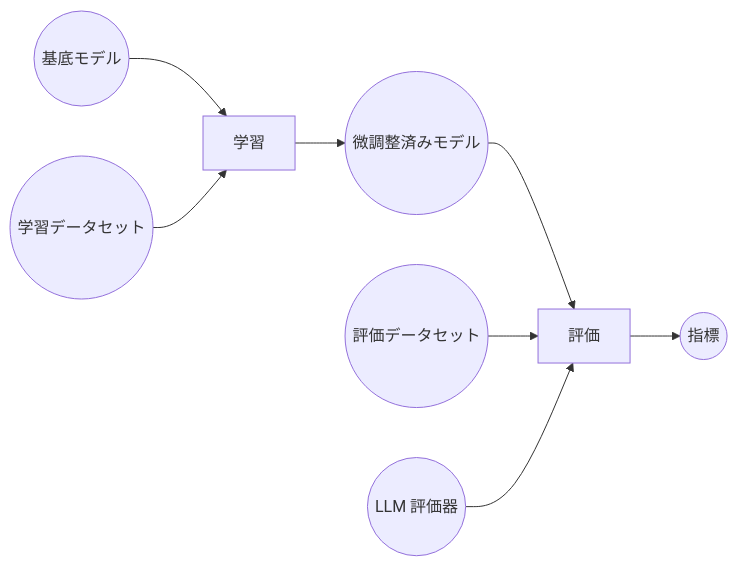
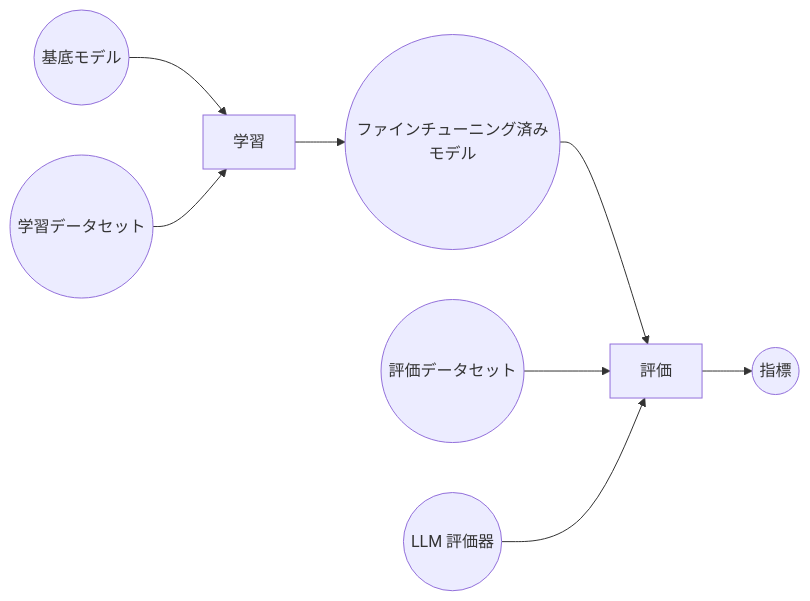
Before and after one commit to opst/knitfab-docs: the diagram in 04.examples/news-classification/news-classification.ja.md, drawn with Mermaid. The commit also changed other lines of this file and 4 other files, not shown here.

````diff
--- a/04.examples/news-classification/news-classification.ja.md
+++ b/04.examples/news-classification/news-classification.ja.md
@@ -23,10 +23,10 @@
 ```mermaid
 flowchart LR
     A((基底モデル)) --> C[学習]
     B((学習データセット)) --> C
-    C --> D((微調整済みモデル))
+    C --> D((ファインチューニング済みモデル))
     D --> G[評価]
     E((評価データセット)) --> G
     F((LLM 評価器)) --> G
     G --> H((指標)) 
 ```
````
